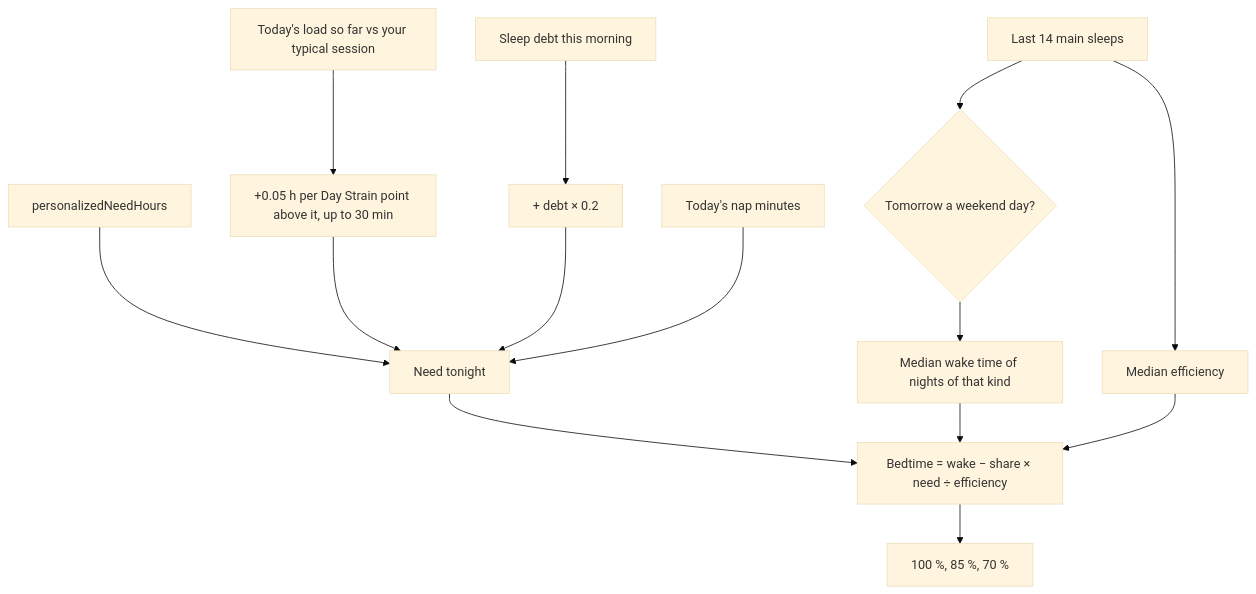
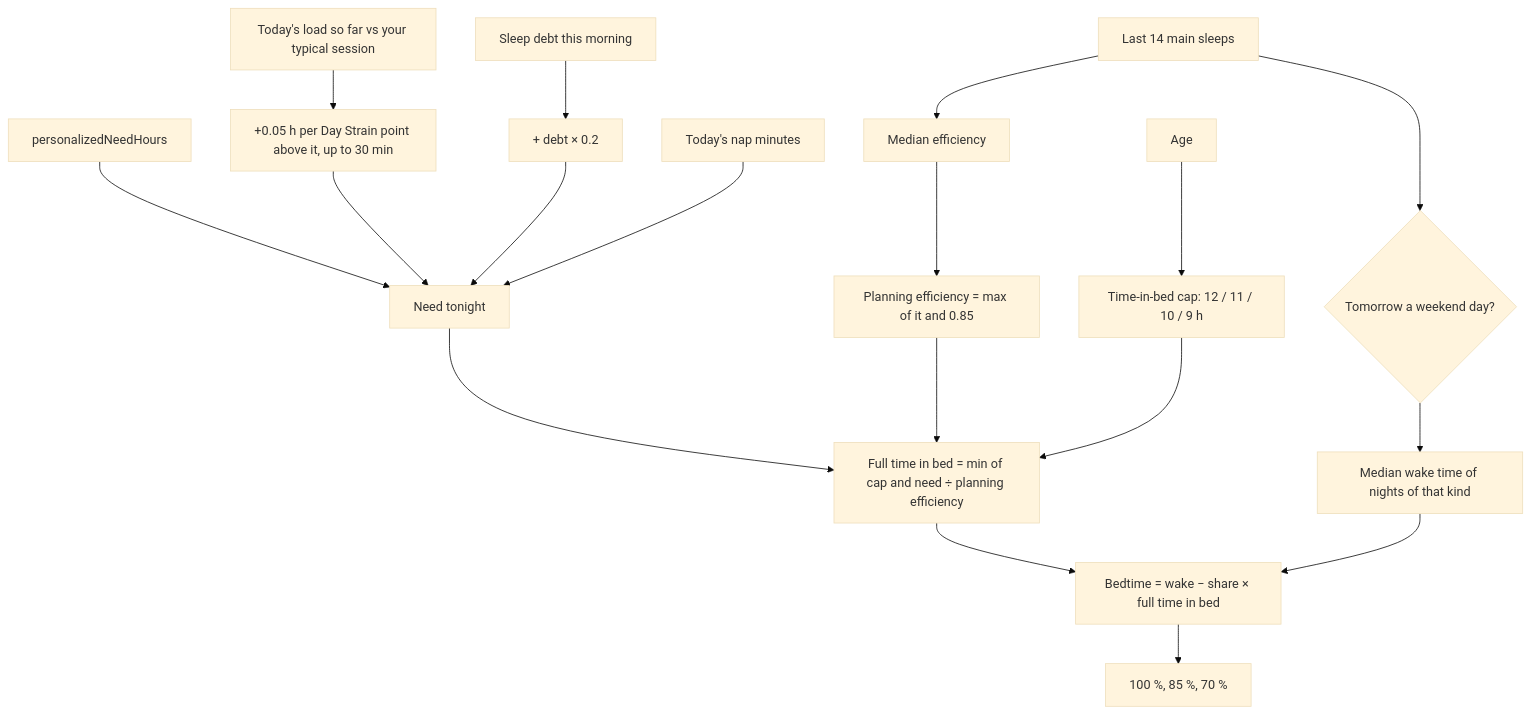
One commit to RohitDhatrak/pulse changed the diagram in docs/algorithms/sleep-planner.md. Above: the diagram before and after it, drawn with Mermaid (base theme). The commit also changed other lines of this file and 56 other files, not shown here.

````diff
--- a/docs/algorithms/sleep-planner.md
+++ b/docs/algorithms/sleep-planner.md
@@ -9,16 +15,20 @@
 ```mermaid
 flowchart TB
   BN[personalizedNeedHours] --> NEED[Need tonight]
   EF[Today's load so far vs your typical session] --> SA[+0.05 h per Day Strain point above it, up to 30 min]
   SA --> NEED
   DB[Sleep debt this morning] --> DR[+ debt × 0.2]
   DR --> NEED
   NAP[Today's nap minutes] --> NEED
   N14[Last 14 main sleeps] --> WK{Tomorrow a weekend day?}
   WK --> WAKE[Median wake time of nights of that kind]
   N14 --> EFF[Median efficiency]
-  NEED --> BED[Bedtime = wake − share × need ÷ efficiency]
+  EFF --> PE[Planning efficiency = max of it and 0.85]
+  AGE[Age] --> CAP[Time-in-bed cap: 12 / 11 / 10 / 9 h]
+  NEED --> FULL[Full time in bed = min of cap and need ÷ planning efficiency]
+  PE --> FULL
+  CAP --> FULL
+  FULL --> BED[Bedtime = wake − share × full time in bed]
   WAKE --> BED
-  EFF --> BED
   BED --> OUT[100 %, 85 %, 70 %]
 ```
````
